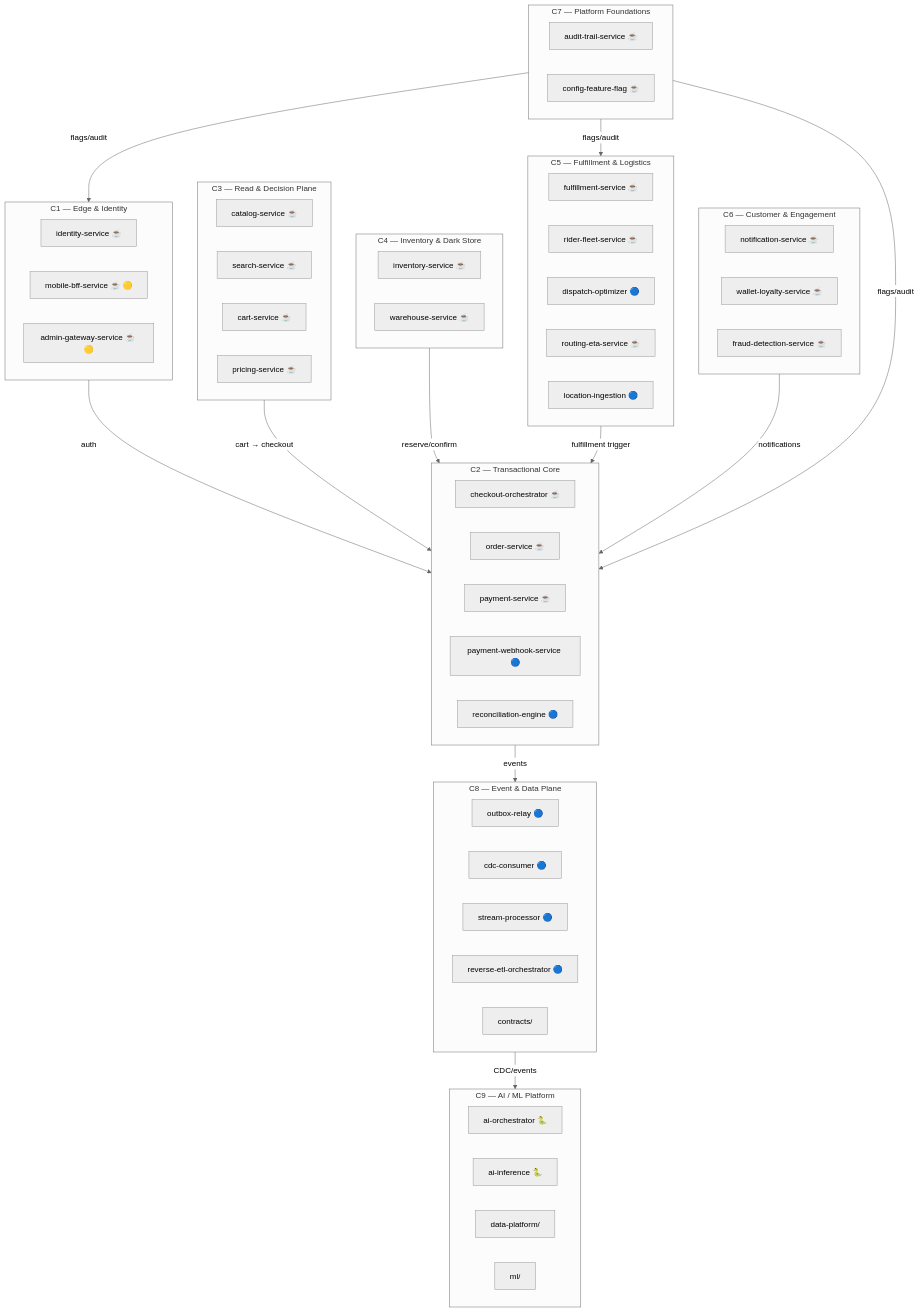
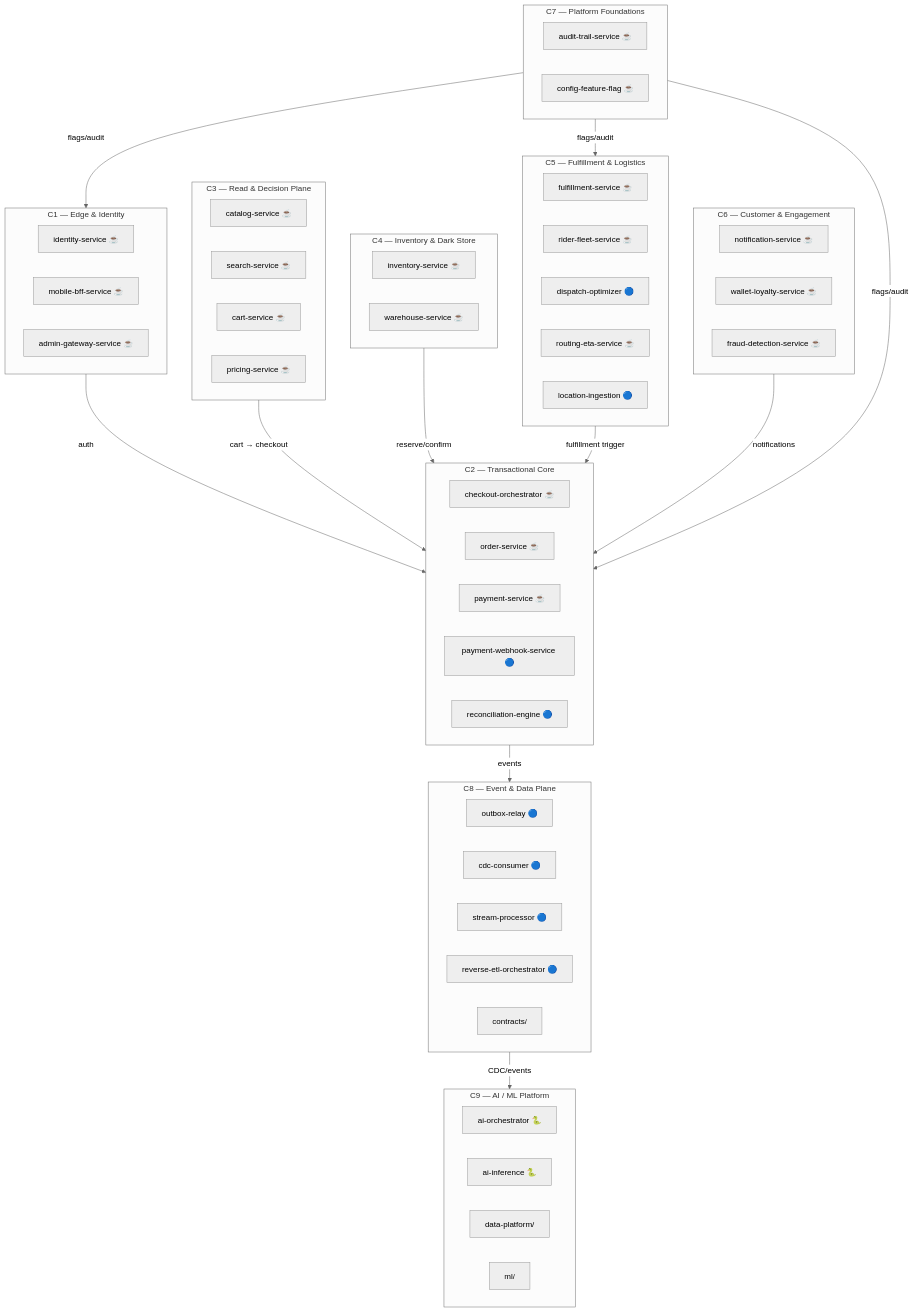
Before and after one commit to sunitakeazycommerz-a11y/InstaCommerce: the third of 5 diagrams in docs/README.md, drawn with Mermaid (neutral theme). The commit also changed other lines of this file and 124 other files, not shown here.

Commit message:
docs: synchronize root, architecture, ADR, service, and archive docs with codebase truth

````diff
--- a/docs/README.md
+++ b/docs/README.md
@@ -184,71 +184,71 @@
 ```mermaid
 graph TB
     subgraph C1["C1 — Edge & Identity"]
         identity["identity-service ☕"]
-        mobile_bff["mobile-bff-service ☕ 🟡"]
-        admin_gw["admin-gateway-service ☕ 🟡"]
+        mobile_bff["mobile-bff-service ☕"]
+        admin_gw["admin-gateway-service ☕"]
     end
 
     subgraph C2["C2 — Transactional Core"]
         checkout["checkout-orchestrator ☕"]
         order["order-service ☕"]
         payment["payment-service ☕"]
         pay_webhook["payment-webhook-service 🔵"]
         recon["reconciliation-engine 🔵"]
     end
 
     subgraph C3["C3 — Read & Decision Plane"]
         catalog["catalog-service ☕"]
         search["search-service ☕"]
         cart["cart-service ☕"]
         pricing["pricing-service ☕"]
     end
 
     subgraph C4["C4 — Inventory & Dark Store"]
         inventory["inventory-service ☕"]
         warehouse["warehouse-service ☕"]
     end
 
     subgraph C5["C5 — Fulfillment & Logistics"]
         fulfillment["fulfillment-service ☕"]
         rider_fleet["rider-fleet-service ☕"]
         dispatch["dispatch-optimizer 🔵"]
         routing["routing-eta-service ☕"]
         location["location-ingestion 🔵"]
     end
 
     subgraph C6["C6 — Customer & Engagement"]
         notification["notification-service ☕"]
         wallet["wallet-loyalty-service ☕"]
         fraud["fraud-detection-service ☕"]
     end
 
     subgraph C7["C7 — Platform Foundations"]
         audit["audit-trail-service ☕"]
         config["config-feature-flag ☕"]
     end
 
     subgraph C8["C8 — Event & Data Plane"]
         outbox["outbox-relay 🔵"]
         cdc["cdc-consumer 🔵"]
         stream["stream-processor 🔵"]
         reverse_etl["reverse-etl-orchestrator 🔵"]
         contracts_node["contracts/"]
     end
 
     subgraph C9["C9 — AI / ML Platform"]
         ai_orch["ai-orchestrator 🐍"]
         ai_inf["ai-inference 🐍"]
         data_plat["data-platform/"]
         ml_node["ml/"]
     end
 
     C1 -->|auth| C2
     C2 -->|events| C8
     C8 -->|CDC/events| C9
     C3 -->|cart → checkout| C2
     C4 -->|reserve/confirm| C2
     C5 -->|fulfillment trigger| C2
     C6 -->|notifications| C2
     C7 -->|flags/audit| C1 & C2 & C5
 ```
````
